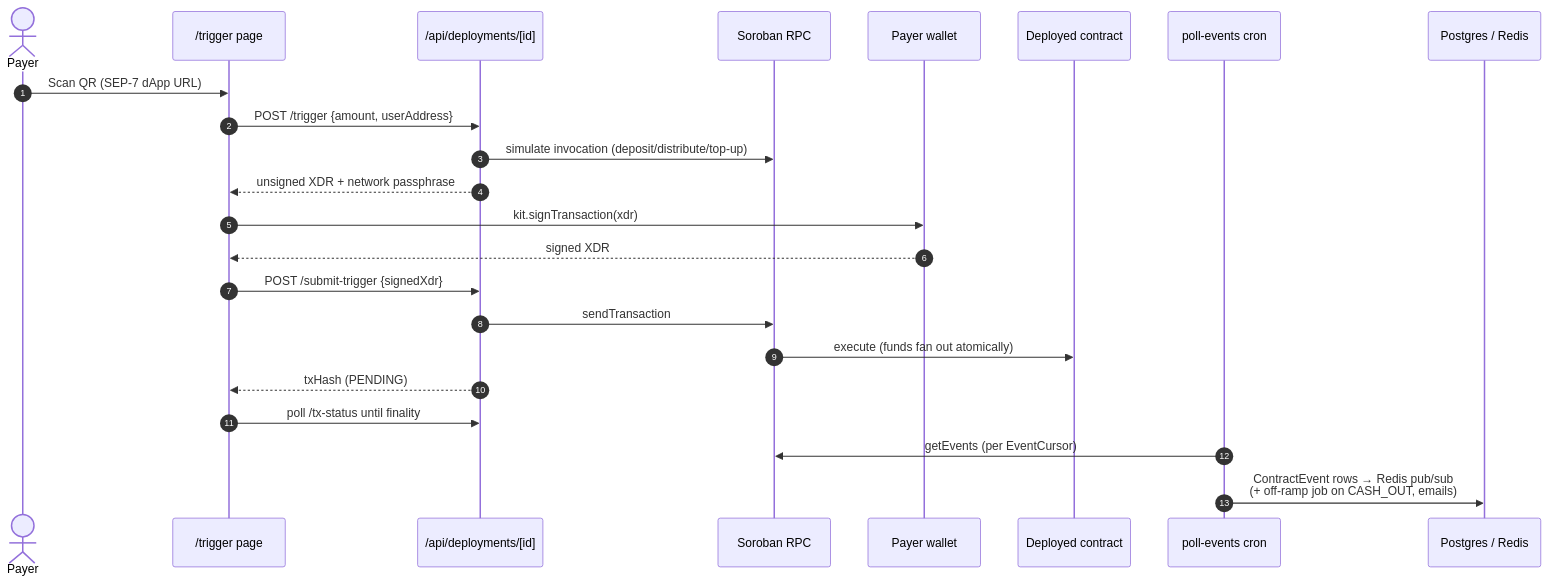
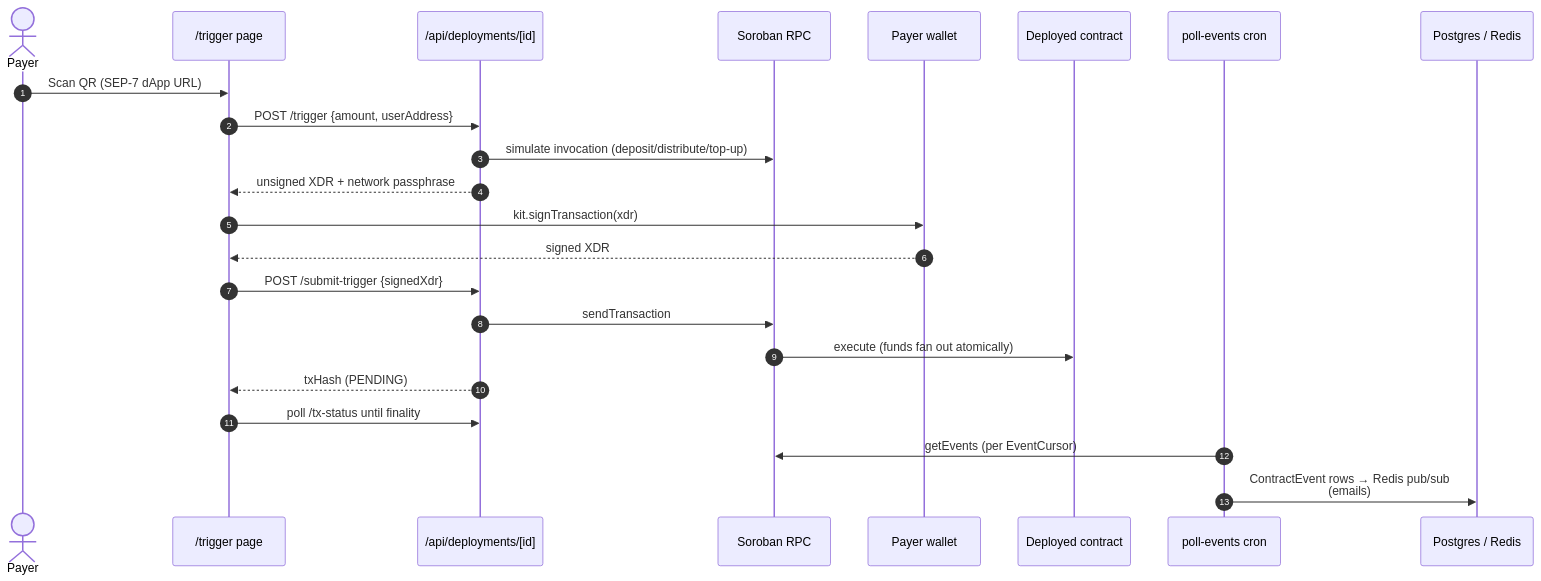
Before and after one commit to artisam-paiflow/paiflow: the third of 5 diagrams in docs/architecture-diagrams.md, drawn with Mermaid. The commit also changed other lines of this file and 177 other files, not shown here.

````diff
--- a/docs/architecture-diagrams.md
+++ b/docs/architecture-diagrams.md
@@ -121,26 +119,26 @@
 ```mermaid
 sequenceDiagram
     autonumber
     actor Payer
     participant Page as /trigger page
     participant API as /api/deployments/[id]
     participant RPC as Soroban RPC
     participant Wallet as Payer wallet
     participant C as Deployed contract
     participant Cron as poll-events cron
     participant DB as Postgres / Redis
 
     Payer->>Page: Scan QR (SEP-7 dApp URL)
     Page->>API: POST /trigger {amount, userAddress}
     API->>RPC: simulate invocation (deposit/distribute/top-up)
     API-->>Page: unsigned XDR + network passphrase
     Page->>Wallet: kit.signTransaction(xdr)
     Wallet-->>Page: signed XDR
     Page->>API: POST /submit-trigger {signedXdr}
     API->>RPC: sendTransaction
     RPC->>C: execute (funds fan out atomically)
     API-->>Page: txHash (PENDING)
     Page->>API: poll /tx-status until finality
     Cron->>RPC: getEvents (per EventCursor)
-    Cron->>DB: ContractEvent rows → Redis pub/sub<br/>(+ off-ramp job on CASH_OUT, emails)
+    Cron->>DB: ContractEvent rows → Redis pub/sub<br/>(emails)
 ```
````
